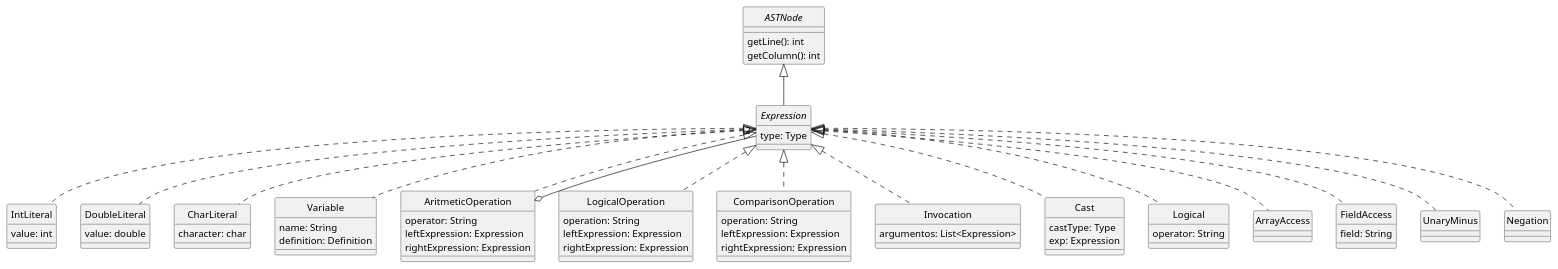
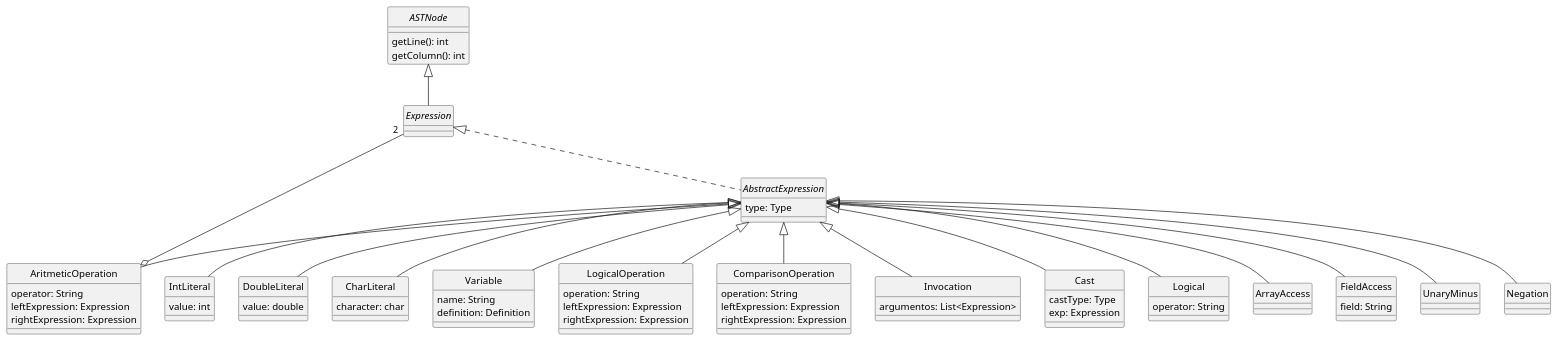
One commit to JonathanAriass/dlp-examen changed the diagram in docs/diagrams/expressions.plantuml. Above: the diagram before and after it, drawn with PlantUML. The commit also changed 14 other files, not shown here.

Commit message:
change expression and program UML; start classes implementation

```diff
--- a/docs/diagrams/expressions.plantuml
+++ b/docs/diagrams/expressions.plantuml
@@ -1,86 +1,89 @@
 @startuml Expressions
 skinparam style strictuml
 skinparam monochrome true
 
 
 interface ASTNode {
     getLine(): int
     getColumn(): int
 }
 
 interface Expression {
+}
+
+abstract AbstractExpression implements Expression {
     type: Type
 }
 
 class IntLiteral {
     value: int
 }
 
 class DoubleLiteral {
     value: double
 }
 
 class CharLiteral {
     character: char
 }
 
 class Variable {
     name: String
     definition: Definition
 }
 
 class AritmeticOperation {
     operator: String
     leftExpression: Expression
     rightExpression: Expression
     ' Deben de poder ser evaluables
 }
 
-class LogicalOperation implements Expression {
+class LogicalOperation extends AbstractExpression {
     operation: String
     leftExpression: Expression
     rightExpression: Expression
 '    En este caso deben de ser enteron para poder funcionar
 }
 
-class ComparisonOperation implements Expression {
+class ComparisonOperation extends AbstractExpression {
     operation: String
     leftExpression: Expression
     rightExpression: Expression
 }
 
-class Invocation implements Expression {
+class Invocation extends AbstractExpression {
     argumentos: List<Expression>
 }
 
 class Cast {
     castType: Type
     exp: Expression
 }
 
-class Logical implements Expression {
+class Logical extends AbstractExpression {
     operator: String
 }
 
-class ArrayAccess implements Expression {
+class ArrayAccess extends AbstractExpression {
 }
 
-class FieldAccess implements Expression {
+class FieldAccess extends AbstractExpression {
     field: String
 }
 
-class UnaryMinus implements Expression {}
+class UnaryMinus extends AbstractExpression {}
 
-class Negation implements Expression {}
+class Negation extends AbstractExpression {}
 
 
 ASTNode <|-- Expression
-Expression <|.. IntLiteral
-Expression <|.. DoubleLiteral
-Expression <|.. CharLiteral
-Expression <|.. Variable
-Expression <|.. AritmeticOperation
+AbstractExpression <|-- IntLiteral
+AbstractExpression <|-- DoubleLiteral
+AbstractExpression <|-- CharLiteral
+AbstractExpression <|-- Variable
+AbstractExpression <|-- AritmeticOperation
 AritmeticOperation o-- "2" Expression
-Expression <|.. Cast
+AbstractExpression <|-- Cast
 
 @enduml
```
